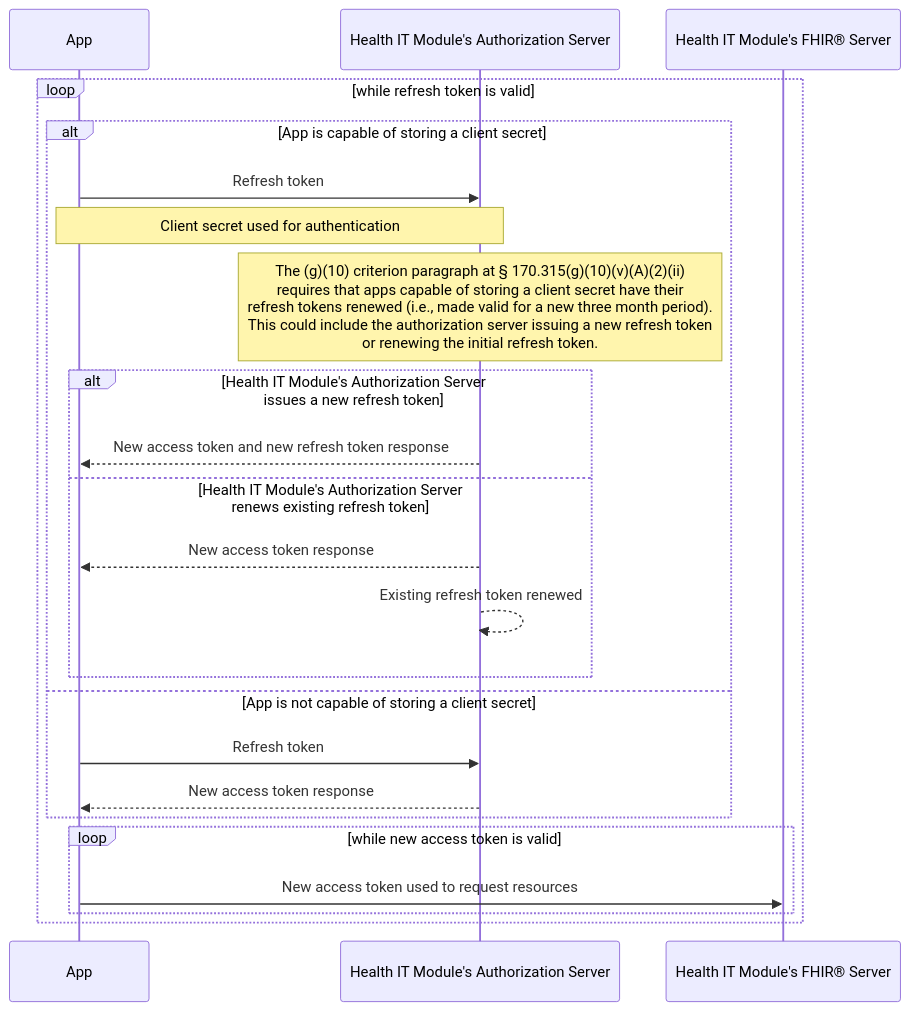
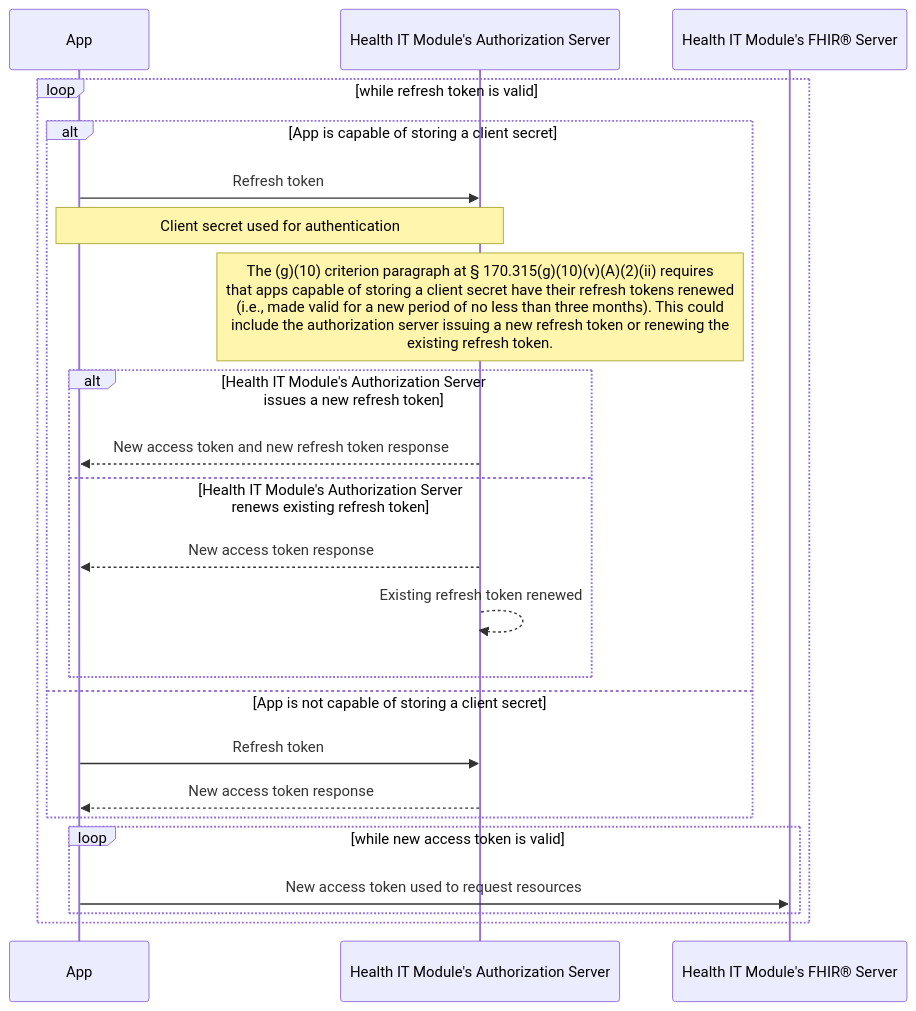
The second of 5 diagrams in docs/g10-criterion.md (onc-healthit/api-resource-guide), drawn with Mermaid before and after one commit.

Commit message:
more proper langauge

````diff
--- a/docs/g10-criterion.md
+++ b/docs/g10-criterion.md
@@ -381,26 +381,26 @@
 	``` mermaid
 		sequenceDiagram
 			participant app as App
 			participant authz as Health IT Module's Authorization Server
 			participant fhir as Health IT Module's FHIR® Server
 
 			loop while refresh token is valid
 				alt App is capable of storing a client secret
 					app ->> authz: Refresh token
 					note over app,authz: Client secret used for authentication
-					note over authz: The (g)(10) criterion paragraph at § 170.315(g)(10)(v)(A)(2)(ii) <br/> requires that apps capable of storing a client secret have their <br/> refresh tokens renewed (i.e., made valid for a new three month period). <br/> This could include the authorization server issuing a new refresh token <br/> or renewing the initial refresh token.
+					note over authz: The (g)(10) criterion paragraph at § 170.315(g)(10)(v)(A)(2)(ii) requires <br/> that apps capable of storing a client secret have their refresh tokens renewed <br/> (i.e., made valid for a new period of no less than three months). This could <br/> include the authorization server issuing a new refresh token or renewing the <br/> existing refresh token.
 					alt Health IT Module's Authorization Server issues a new refresh token
 						authz -->> app: New access token and new refresh token response
 					else Health IT Module's Authorization Server renews existing refresh token
 						authz -->> app: New access token response
 						authz -->> authz: Existing refresh token renewed
 					end
 				else App is not capable of storing a client secret
 					app ->> authz: Refresh token
 					authz -->> app: New access token response
 				end
 				loop while new access token is valid
 					app ->> fhir: New access token used to request resources
 				end
 			end
 	```
````
